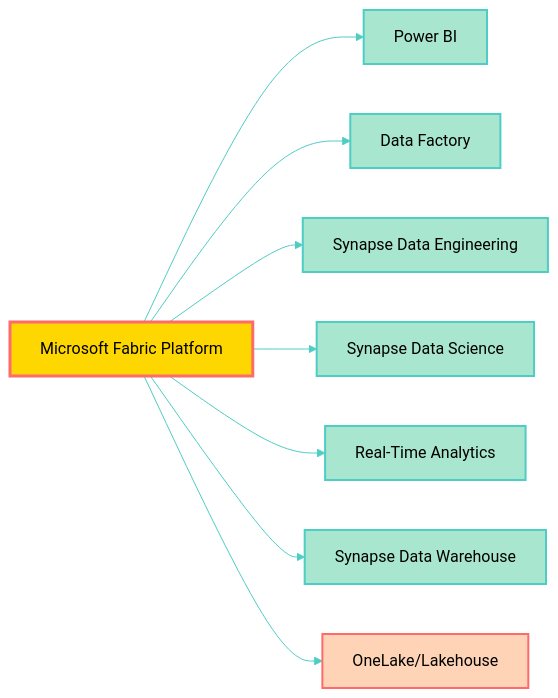
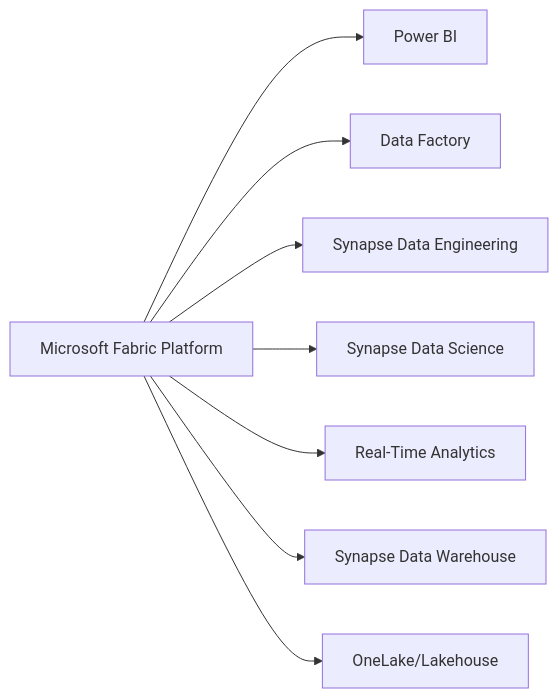
Before and after one commit to MoBRUEC/MoBRUEC: the first of 10 diagrams in microsoft-fabric/readme.md, drawn with Mermaid. The commit also changed other lines of this file, not shown here.

````diff
--- a/microsoft-fabric/readme.md
+++ b/microsoft-fabric/readme.md
@@ -37,19 +37,10 @@
 ```mermaid
-%%{init: {'theme':'base', 'themeVariables': { 'primaryColor':'#FFD700','primaryTextColor':'#000','primaryBorderColor':'#FF6B6B','lineColor':'#4ECDC4','secondaryColor':'#95E1D3','tertiaryColor':'#F38181','background':'#FFFFFF','mainBkg':'#FFE66D','secondaryBkg':'#A8E6CF','tertiaryBkg':'#FFD3B6'}}}%%
 graph LR
     A[Microsoft Fabric Platform] --> B[Power BI]
     A --> C[Data Factory]
     A --> D[Synapse Data Engineering]
     A --> E[Synapse Data Science]
     A --> F[Real-Time Analytics]
     A --> G[Synapse Data Warehouse]
     A --> H[OneLake/Lakehouse]
-    style A fill:#FFD700,stroke:#FF6B6B,stroke-width:3px,color:#000
-    style B fill:#A8E6CF,stroke:#4ECDC4,stroke-width:2px,color:#000
-    style C fill:#A8E6CF,stroke:#4ECDC4,stroke-width:2px,color:#000
-    style D fill:#A8E6CF,stroke:#4ECDC4,stroke-width:2px,color:#000
-    style E fill:#A8E6CF,stroke:#4ECDC4,stroke-width:2px,color:#000
-    style F fill:#A8E6CF,stroke:#4ECDC4,stroke-width:2px,color:#000
-    style G fill:#A8E6CF,stroke:#4ECDC4,stroke-width:2px,color:#000
-    style H fill:#FFD3B6,stroke:#FF6B6B,stroke-width:2px,color:#000
 ```
````
